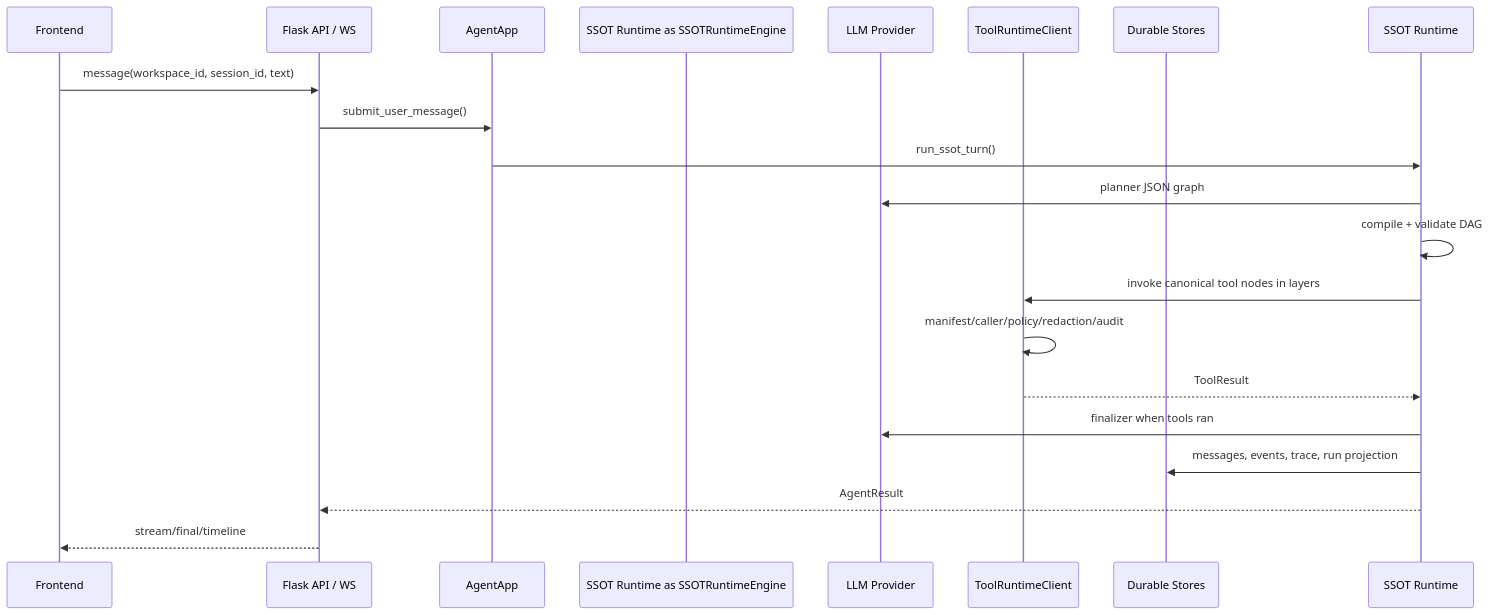
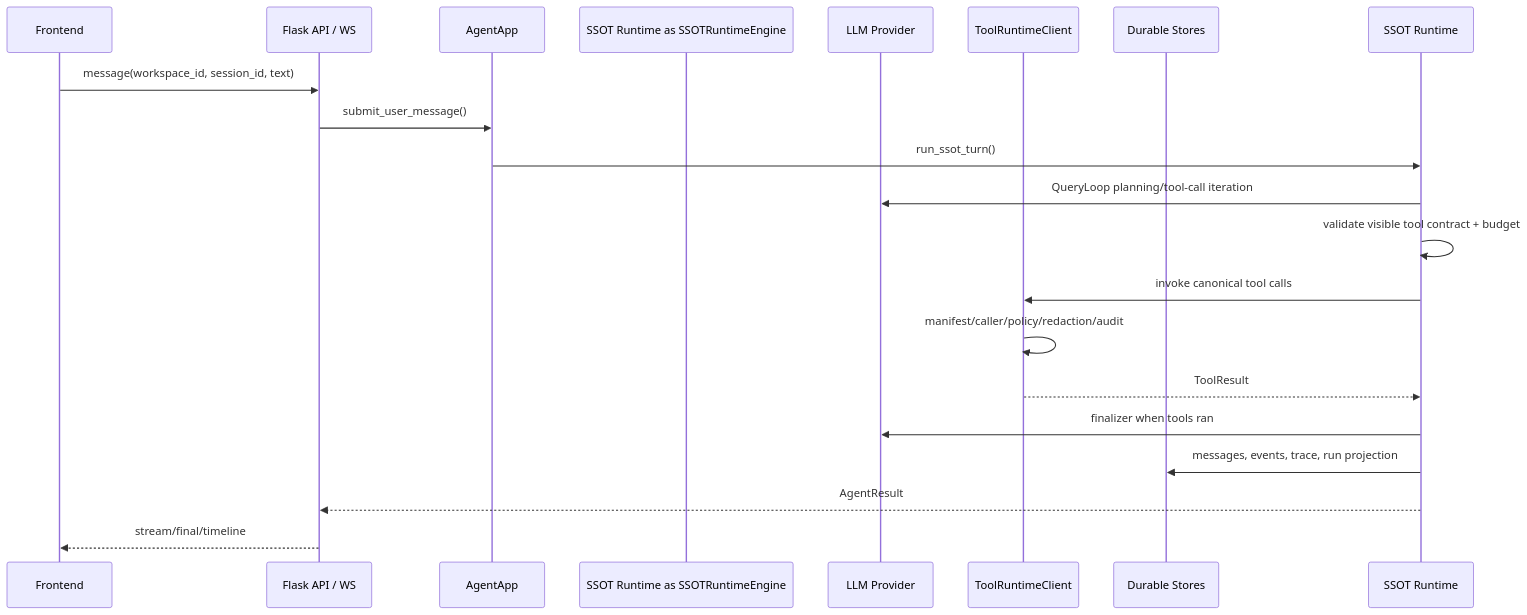
One commit to zhangh05/network_agent changed the diagram in DESIGN.md. Above: the diagram before and after it, drawn with Mermaid. The commit also changed 6 other files, not shown here.

Commit message:
fix: sync QueryLoop tool contract docs

````diff
--- a/DESIGN.md
+++ b/DESIGN.md
@@ -17,23 +17,23 @@
 ```mermaid
 sequenceDiagram
   participant UI as Frontend
   participant API as Flask API / WS
   participant App as AgentApp
   participant SSOT Runtime as SSOTRuntimeEngine
   participant LLM as LLM Provider
   participant Tools as ToolRuntimeClient
   participant Store as Durable Stores
 
   UI->>API: message(workspace_id, session_id, text)
   API->>App: submit_user_message()
   App->>SSOT Runtime: run_ssot_turn()
-  SSOT Runtime->>LLM: planner JSON graph
-  SSOT Runtime->>SSOT Runtime: compile + validate DAG
-  SSOT Runtime->>Tools: invoke canonical tool nodes in layers
+  SSOT Runtime->>LLM: QueryLoop planning/tool-call iteration
+  SSOT Runtime->>SSOT Runtime: validate visible tool contract + budget
+  SSOT Runtime->>Tools: invoke canonical tool calls
   Tools->>Tools: manifest/caller/policy/redaction/audit
   Tools-->>SSOT Runtime: ToolResult
   SSOT Runtime->>LLM: finalizer when tools ran
   SSOT Runtime->>Store: messages, events, trace, run projection
   SSOT Runtime-->>API: AgentResult
   API-->>UI: stream/final/timeline
 ```
````
